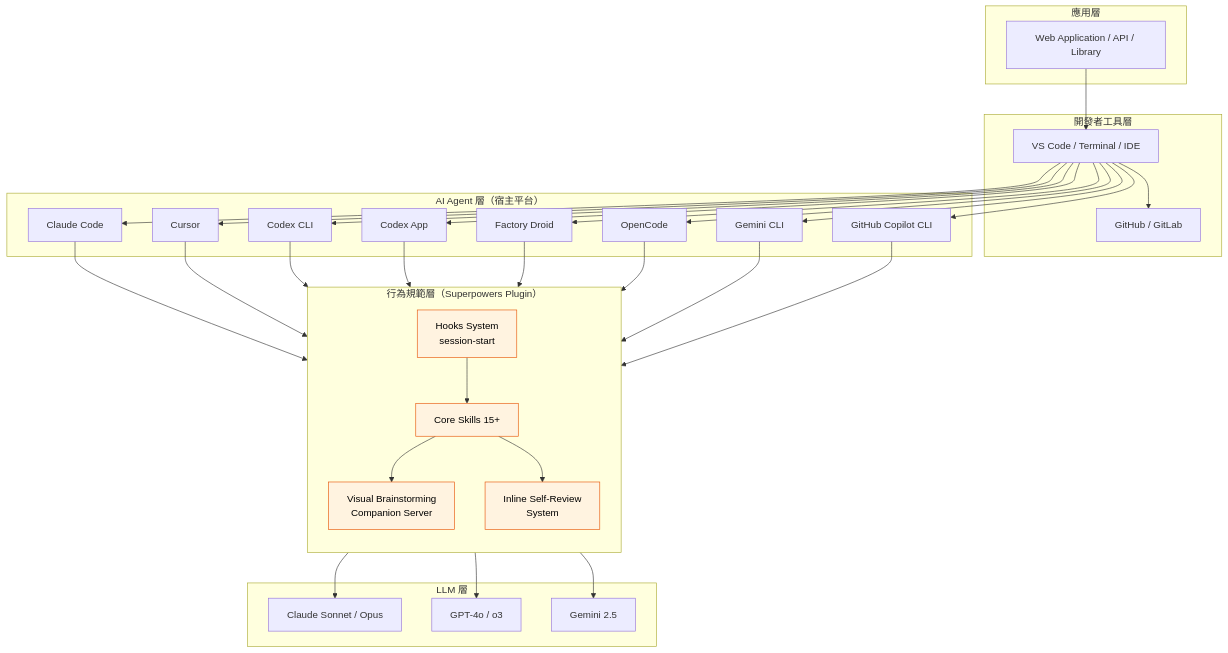
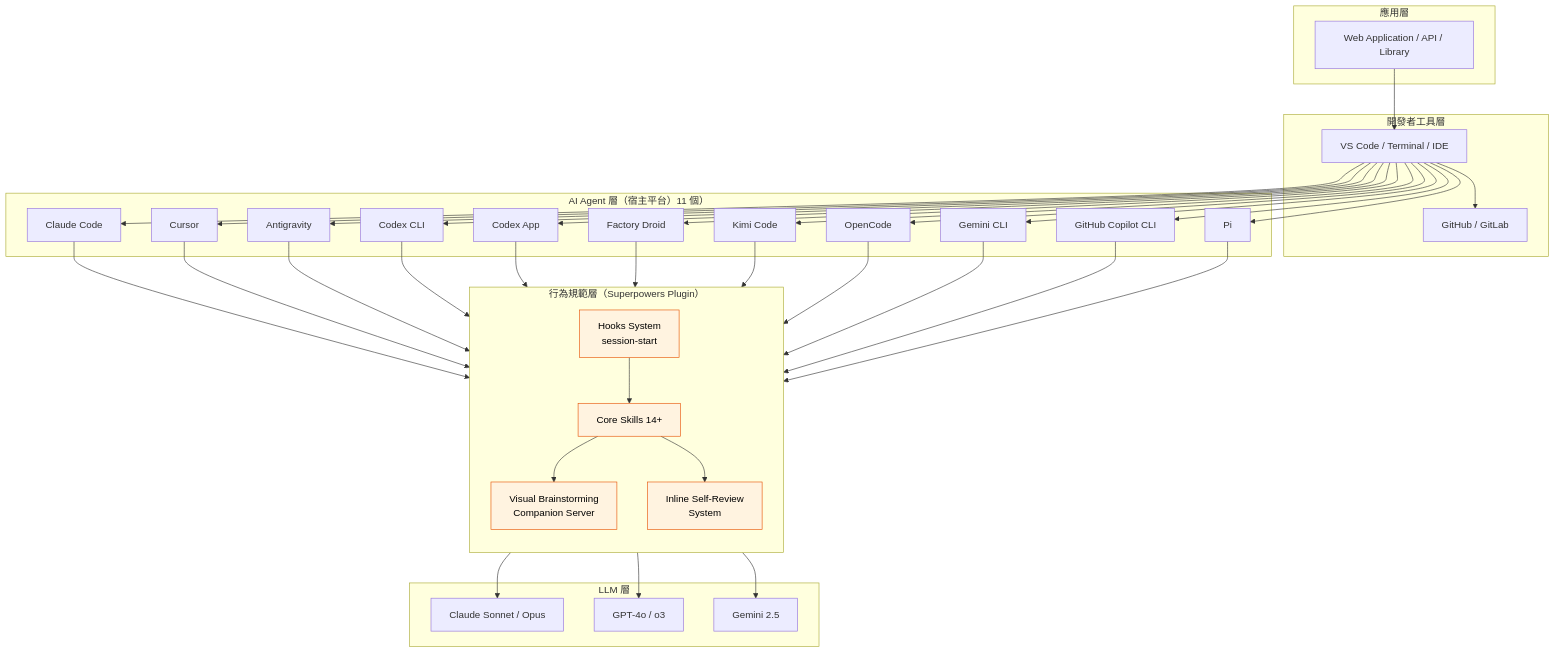
Before and after one commit to chihhung/Blog: the fourth of 43 diagrams in content/posts/教學/AI開發/Superpowers教學手冊.md, drawn with Mermaid. The commit also changed other lines of this file and 22 other files, not shown here.

````diff
--- a/content/posts/教學/AI開發/Superpowers教學手冊.md
+++ b/content/posts/教學/AI開發/Superpowers教學手冊.md
@@ -321,49 +337,52 @@
 ```mermaid
 graph TB
     subgraph "應用層"
         APP[Web Application / API / Library]
     end
     
     subgraph "開發者工具層"
         IDE[VS Code / Terminal / IDE]
         GIT[GitHub / GitLab]
     end
     
-    subgraph "AI Agent 層（宿主平台）"
+    subgraph "AI Agent 層（宿主平台）11 個）"
         CC[Claude Code]
         CU[Cursor]
+        AGY[Antigravity]
         CDX[Codex CLI]
         CDXA[Codex App]
         FD[Factory Droid]
+        KIMI[Kimi Code]
         OC[OpenCode]
         GC[Gemini CLI]
         GCLI[GitHub Copilot CLI]
+        PI[Pi]
     end
     
     subgraph "行為規範層（Superpowers Plugin）"
         direction TB
         SP_HOOK[Hooks System<br/>session-start]
-        SP_CORE[Core Skills 15+]
+        SP_CORE[Core Skills 14+]
         SP_VIS[Visual Brainstorming<br/>Companion Server]
         SP_DOC[Inline Self-Review<br/>System]
     end
     
     subgraph "LLM 層"
         CLAUDE[Claude Sonnet / Opus]
         GPT[GPT-4o / o3]
         GEM[Gemini 2.5]
     end
     
     APP --> IDE
-    IDE --> CC & CU & CDX & CDXA & FD & OC & GC & GCLI
-    CC & CU & CDX & CDXA & FD & OC & GC & GCLI --> SP_HOOK
+    IDE --> CC & CU & AGY & CDX & CDXA & FD & KIMI & OC & GC & GCLI & PI
+    CC & CU & AGY & CDX & CDXA & FD & KIMI & OC & GC & GCLI & PI --> SP_HOOK
     SP_HOOK --> SP_CORE
     SP_CORE --> SP_VIS & SP_DOC
     SP_CORE --> CLAUDE & GPT & GEM
     IDE --> GIT
     
     style SP_HOOK fill:#fff3e0,stroke:#e65100,color:#000
     style SP_CORE fill:#fff3e0,stroke:#e65100,color:#000
     style SP_VIS fill:#fff3e0,stroke:#e65100,color:#000
     style SP_DOC fill:#fff3e0,stroke:#e65100,color:#000
 ```
````
